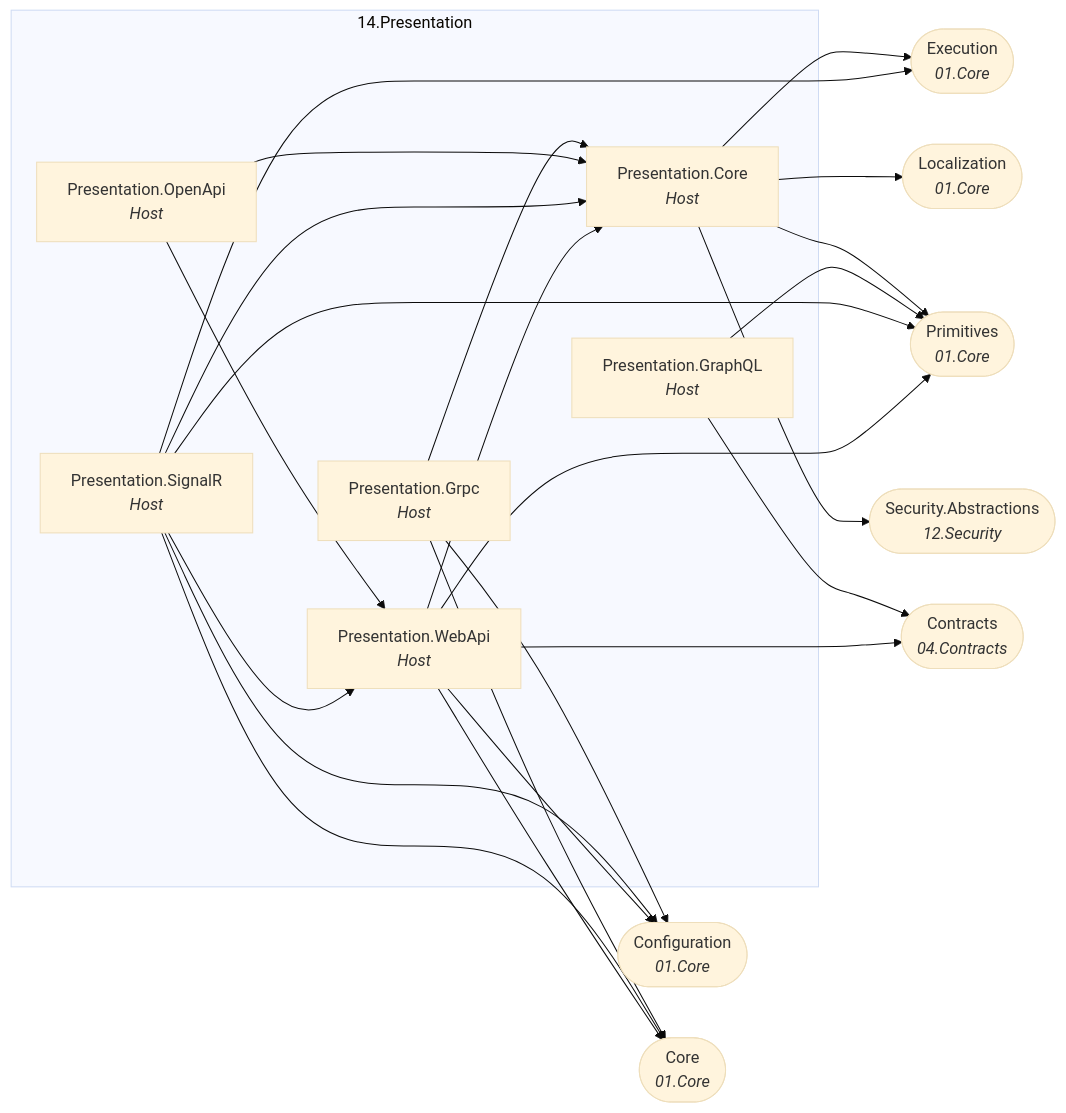
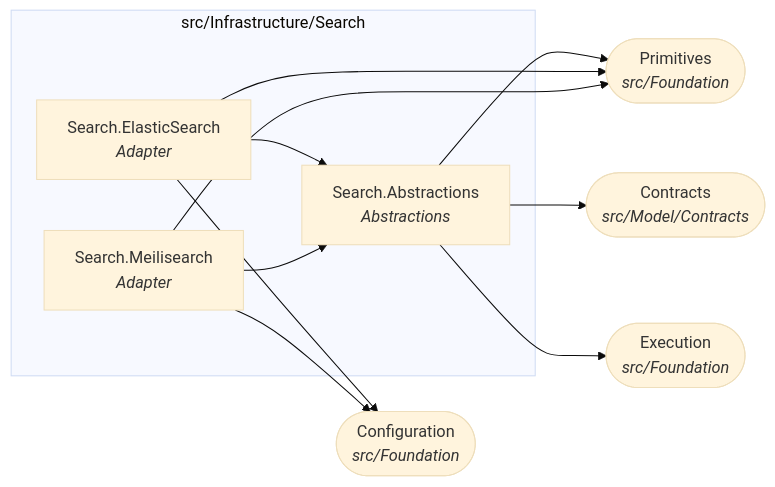
Before and after one commit to Gresta-Vertex-Labs/platform-shared-kernel: diagram 16 of 22 in docs/dependency-graph.md, drawn with Mermaid (base theme). The commit also changed other lines of this file and 4053 other files, not shown here.

````diff
--- a/docs/dependency-graph.md
+++ b/docs/dependency-graph.md
@@ -471,40 +536,21 @@
 ```mermaid
 flowchart LR
-  subgraph folder_14_Presentation["14.Presentation"]
-    SharedKernel_Presentation_Core["Presentation.Core<br/><i>Host</i>"]
-    SharedKernel_Presentation_GraphQL["Presentation.GraphQL<br/><i>Host</i>"]
-    SharedKernel_Presentation_Grpc["Presentation.Grpc<br/><i>Host</i>"]
-    SharedKernel_Presentation_OpenApi["Presentation.OpenApi<br/><i>Host</i>"]
-    SharedKernel_Presentation_SignalR["Presentation.SignalR<br/><i>Host</i>"]
-    SharedKernel_Presentation_WebApi["Presentation.WebApi<br/><i>Host</i>"]
+  subgraph folder_src_Infrastructure_Search["src/Infrastructure/Search"]
+    SharedKernel_Search_Abstractions["Search.Abstractions<br/><i>Abstractions</i>"]
+    SharedKernel_Search_ElasticSearch["Search.ElasticSearch<br/><i>Adapter</i>"]
+    SharedKernel_Search_Meilisearch["Search.Meilisearch<br/><i>Adapter</i>"]
   end
-  SharedKernel_Configuration(["Configuration<br/><i>01.Core</i>"])
-  SharedKernel_Contracts(["Contracts<br/><i>04.Contracts</i>"])
-  SharedKernel_Core(["Core<br/><i>01.Core</i>"])
-  SharedKernel_Execution(["Execution<br/><i>01.Core</i>"])
-  SharedKernel_Localization(["Localization<br/><i>01.Core</i>"])
-  SharedKernel_Primitives(["Primitives<br/><i>01.Core</i>"])
-  SharedKernel_Security_Abstractions(["Security.Abstractions<br/><i>12.Security</i>"])
-  SharedKernel_Presentation_Core --> SharedKernel_Execution
-  SharedKernel_Presentation_Core --> SharedKernel_Localization
-  SharedKernel_Presentation_Core --> SharedKernel_Primitives
-  SharedKernel_Presentation_Core --> SharedKernel_Security_Abstractions
-  SharedKernel_Presentation_GraphQL --> SharedKernel_Contracts
-  SharedKernel_Presentation_GraphQL --> SharedKernel_Primitives
-  SharedKernel_Presentation_Grpc --> SharedKernel_Configuration
-  SharedKernel_Presentation_Grpc --> SharedKernel_Core
-  SharedKernel_Presentation_Grpc --> SharedKernel_Presentation_Core
-  SharedKernel_Presentation_OpenApi --> SharedKernel_Presentation_Core
-  SharedKernel_Presentation_OpenApi --> SharedKernel_Presentation_WebApi
-  SharedKernel_Presentation_SignalR --> SharedKernel_Configuration
-  SharedKernel_Presentation_SignalR --> SharedKernel_Core
-  SharedKernel_Presentation_SignalR --> SharedKernel_Execution
-  SharedKernel_Presentation_SignalR --> SharedKernel_Presentation_Core
-  SharedKernel_Presentation_SignalR --> SharedKernel_Presentation_WebApi
-  SharedKernel_Presentation_SignalR --> SharedKernel_Primitives
-  SharedKernel_Presentation_WebApi --> SharedKernel_Configuration
-  SharedKernel_Presentation_WebApi --> SharedKernel_Contracts
-  SharedKernel_Presentation_WebApi --> SharedKernel_Core
-  SharedKernel_Presentation_WebApi --> SharedKernel_Presentation_Core
-  SharedKernel_Presentation_WebApi --> SharedKernel_Primitives
+  SharedKernel_Configuration(["Configuration<br/><i>src/Foundation</i>"])
+  SharedKernel_Contracts(["Contracts<br/><i>src/Model/Contracts</i>"])
+  SharedKernel_Execution(["Execution<br/><i>src/Foundation</i>"])
+  SharedKernel_Primitives(["Primitives<br/><i>src/Foundation</i>"])
+  SharedKernel_Search_Abstractions --> SharedKernel_Contracts
+  SharedKernel_Search_Abstractions --> SharedKernel_Execution
+  SharedKernel_Search_Abstractions --> SharedKernel_Primitives
+  SharedKernel_Search_ElasticSearch --> SharedKernel_Configuration
+  SharedKernel_Search_ElasticSearch --> SharedKernel_Primitives
+  SharedKernel_Search_ElasticSearch --> SharedKernel_Search_Abstractions
+  SharedKernel_Search_Meilisearch --> SharedKernel_Configuration
+  SharedKernel_Search_Meilisearch --> SharedKernel_Primitives
+  SharedKernel_Search_Meilisearch --> SharedKernel_Search_Abstractions
 ```
````
